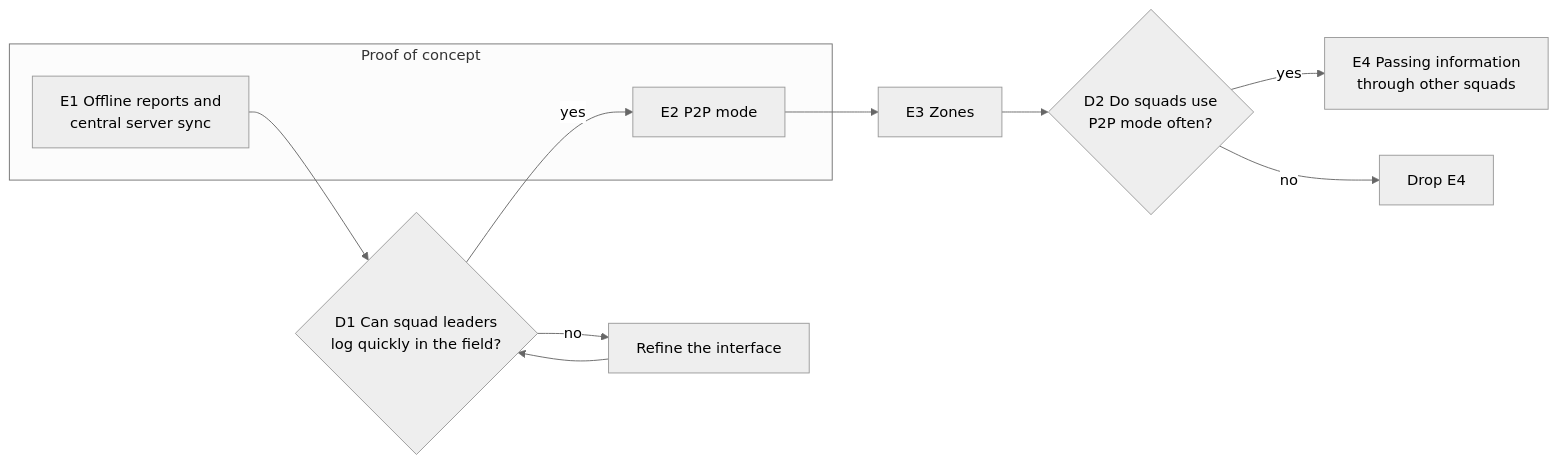
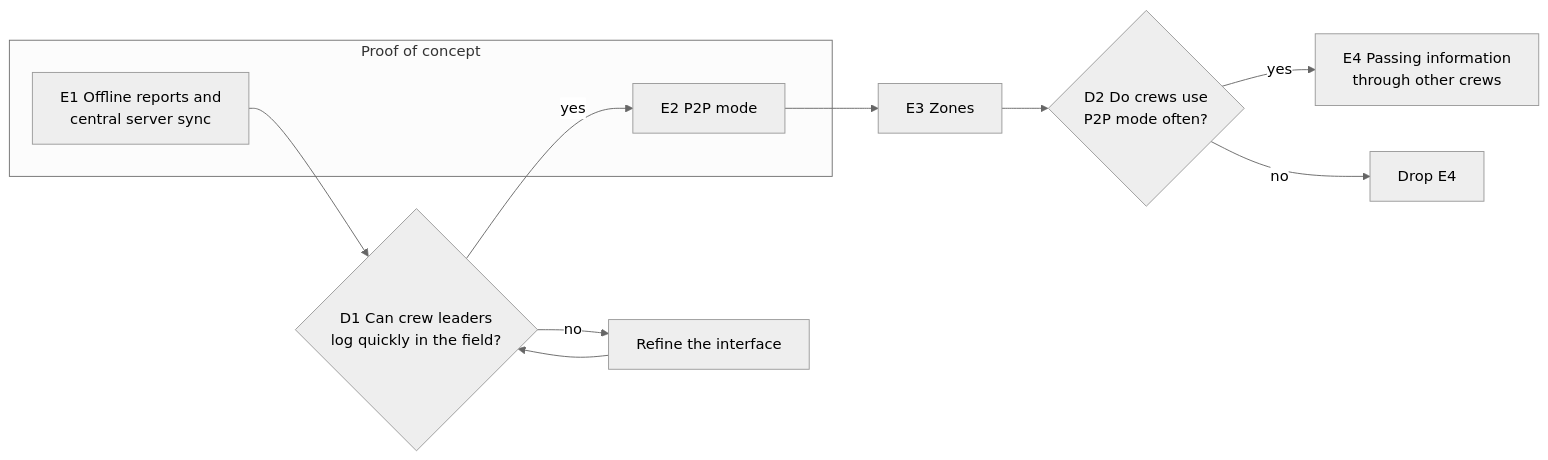
Before and after one commit to MihaiCiorascu/SWA-Firefly: the diagram in report/figures/roadmap.mmd, drawn with Mermaid (neutral theme). The commit also changed 3 other files, not shown here.

```diff
--- a/report/figures/roadmap.mmd
+++ b/report/figures/roadmap.mmd
@@ -1,18 +1,18 @@
 flowchart LR
     subgraph PoC["Proof of concept"]
         E1["E1 Offline reports and<br/>central server sync"]
         E2["E2 P2P mode"]
     end
-    D1{"D1 Can squad leaders<br/>log quickly in the field?"}
+    D1{"D1 Can crew leaders<br/>log quickly in the field?"}
     UI["Refine the interface"]
     E3["E3 Zones"]
-    D2{"D2 Do squads use<br/>P2P mode often?"}
-    E4["E4 Passing information<br/>through other squads"]
+    D2{"D2 Do crews use<br/>P2P mode often?"}
+    E4["E4 Passing information<br/>through other crews"]
     X["Drop E4"]
 
     E1 --> D1
     D1 -- yes --> E2
     D1 -- no --> UI --> D1
     E2 --> E3 --> D2
     D2 -- yes --> E4
     D2 -- no --> X
```
